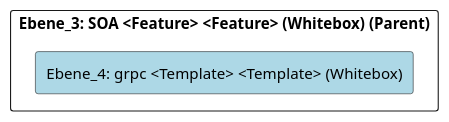
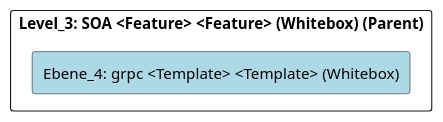
Before and after one commit to marcozwyssig/cleon: the diagram in doc/cleonproject_deliverables_architecture_model_architecture/adoc/de/05_bausteinsicht/cleon/architecture_styles_and_patterns/soa/templategrpc/ebene_4_template.grpc.adoc, drawn with PlantUML. The commit also changed other lines of this file and 169 other files, not shown here.

```diff
--- a/doc/cleonproject_deliverables_architecture_model_architecture/adoc/de/05_bausteinsicht/cleon/architecture_styles_and_patterns/soa/templategrpc/ebene_4_template.grpc.adoc
+++ b/doc/cleonproject_deliverables_architecture_model_architecture/adoc/de/05_bausteinsicht/cleon/architecture_styles_and_patterns/soa/templategrpc/ebene_4_template.grpc.adoc
@@ -20,24 +20,24 @@
 [plantuml, Ebene_4: grpc <Template> <Template> (Whitebox)BlockOverview, format="svg"]
 ----
 @startuml Ebene_4: grpc <Template> <Template> (Whitebox)BuildingBlockOverview
 
 skinparam ranksep 10
 skinparam componentStyle rectangle
 skinparam shadowing false
 skinparam arrowColor lightblue
 skinparam arrowThickness 1.2
 skinparam rectangle {
   BackgroundColor White
   BorderColor #333
   RoundCorner 10
 }
 top to bottom direction
 
-component "Ebene_3: SOA <Feature> <Feature> (Whitebox) (Parent)" {
+component "Level_3: SOA <Feature> <Feature> (Whitebox) (Parent)" {
     component "Ebene_4: grpc <Template> <Template> (Whitebox)" #lightblue {
     }
 
 }
 
 @enduml
 ----
```
